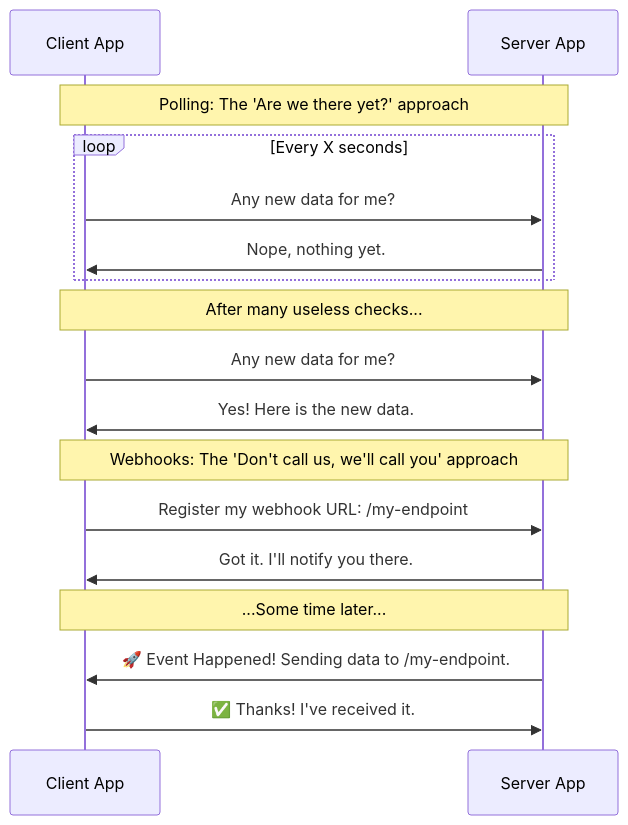
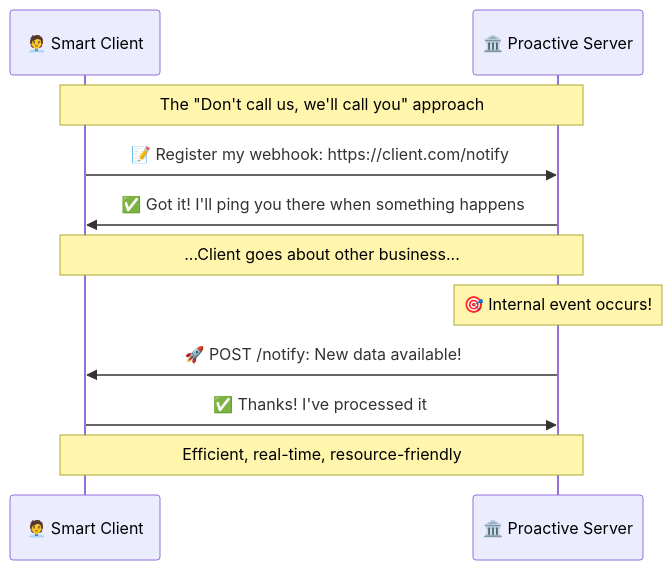
Before and after one commit to ridwanspace/restful-fastapi-guideline: the fourth of 9 diagrams in app/docs/04_advanced/02-implementing-webhooks/page.mdx, drawn with Mermaid. The commit also changed other lines of this file and 1 other file, not shown here.

First line of the commit message:
📝 docs(webhooks): enhance webhook documentation for clarity and enterprise readiness

````diff
--- a/app/docs/04_advanced/02-implementing-webhooks/page.mdx
+++ b/app/docs/04_advanced/02-implementing-webhooks/page.mdx
@@ -42,21 +168,18 @@
 ```mermaid
 sequenceDiagram
-    participant Client as Client App
-    participant Server as Server App
-
-    Note over Client,Server: Polling: The 'Are we there yet?' approach
-    loop Every X seconds
-        Client->>Server: Any new data for me?
-        Server->>Client: Nope, nothing yet.
-    end
-    Note over Client,Server: After many useless checks...
-    Client->>Server: Any new data for me?
-    Server->>Client: Yes! Here is the new data.
-
-    Note over Client,Server: Webhooks: The 'Don't call us, we'll call you' approach
-    Client->>Server: Register my webhook URL: /my-endpoint
-    Server->>Client: Got it. I'll notify you there.
-    Note over Client,Server: ...Some time later...
-    Server->>Client: 🚀 Event Happened! Sending data to /my-endpoint.
-    Client->>Server: ✅ Thanks! I've received it.
+    participant Client as 🧑‍💼 Smart Client
+    participant Server as 🏛️ Proactive Server
+    
+    Note over Client,Server: The "Don't call us, we'll call you" approach
+    
+    Client->>Server: 📝 Register my webhook: https://client.com/notify
+    Server->>Client: ✅ Got it! I'll ping you there when something happens
+    
+    Note over Client,Server: ...Client goes about other business...
+    Note over Server: 🎯 Internal event occurs!
+    
+    Server->>Client: 🚀 POST /notify: New data available!
+    Client->>Server: ✅ Thanks! I've processed it
+    
+    Note over Client,Server: Efficient, real-time, resource-friendly
 ```
````
